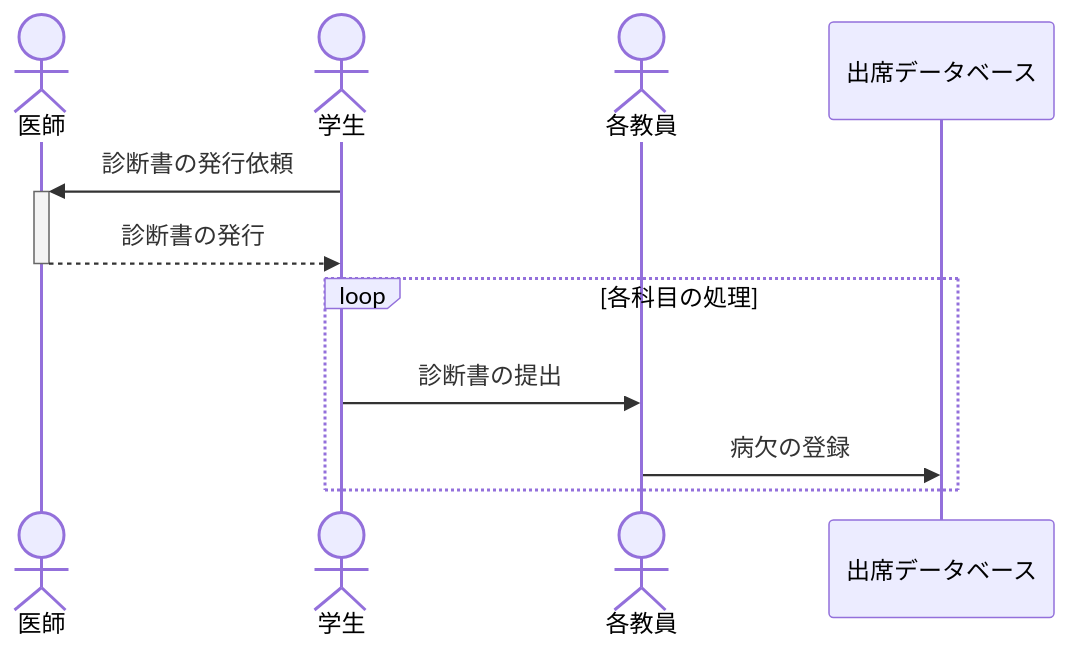
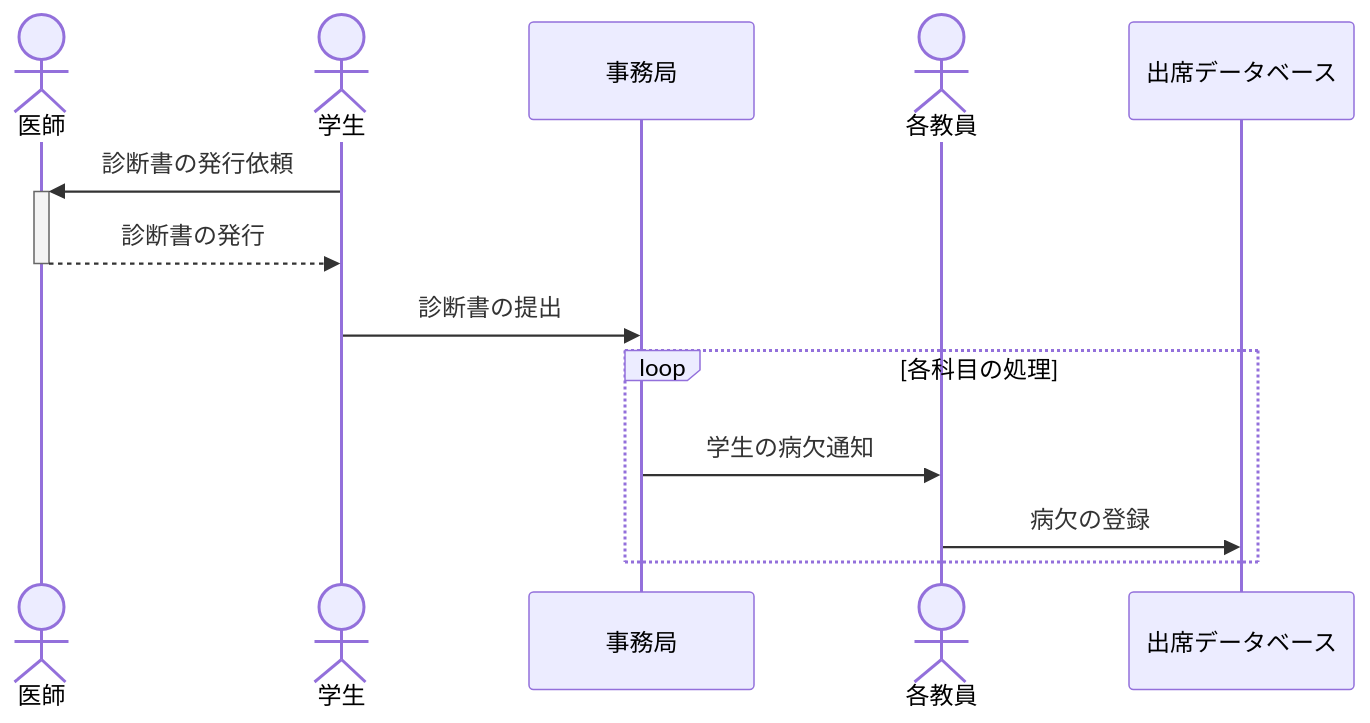
One commit to ShouyaKamoshita/mermaid-test changed the diagram in README.md. Above: the diagram before and after it, drawn with Mermaid.

````diff
--- a/README.md
+++ b/README.md
@@ -1,14 +1,16 @@
 ```mermaid
 sequenceDiagram
 actor i as 医師
 actor s as 学生
+participant j as 事務局
 actor t as 各教員
 participant d as 出席データベース
 
 s ->>+ i : 診断書の発行依頼
 i -->>- s : 診断書の発行
+s ->> j : 診断書の提出
 loop 各科目の処理
-s ->> t : 診断書の提出
+j ->> t : 学生の病欠通知
 t ->> d : 病欠の登録
 end
 ```
````
